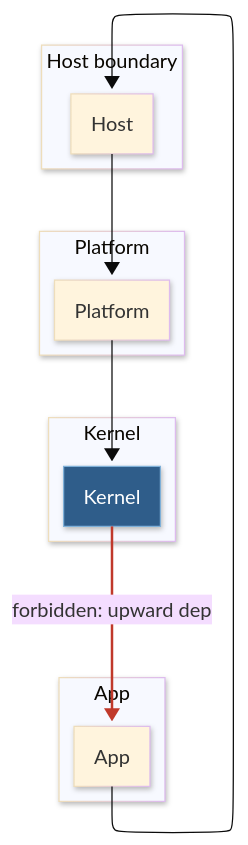
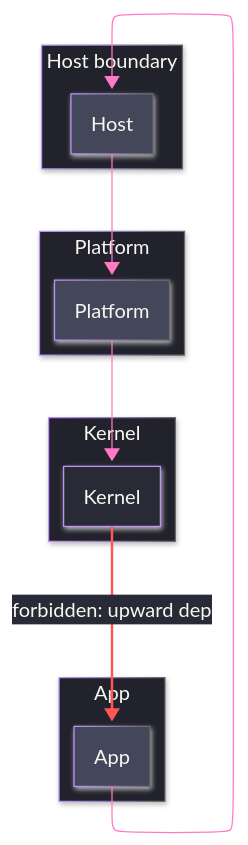
Before and after one commit to bsamiee/Rasm: the diagram in .claude/skills/mermaid-diagramming/templates/strata.mmd.md, drawn with Mermaid. The commit also changed other lines of this file and 17 other files, not shown here.

````diff
--- a/.claude/skills/mermaid-diagramming/templates/strata.mmd.md
+++ b/.claude/skills/mermaid-diagramming/templates/strata.mmd.md
@@ -5,30 +5,42 @@
 ```mermaid
 ---
 config:
   layout: elk
   look: neo
   theme: base
+  themeVariables:
+    darkMode: true
+    background: "#282A36"
+    primaryColor: "#44475A"
+    primaryTextColor: "#F8F8F2"
+    primaryBorderColor: "#BD93F9"
+    lineColor: "#FF79C6"
+    textColor: "#F8F8F2"
+    clusterBkg: "#21222C"
+    clusterBorder: "#6272A4"
+    edgeLabelBackground: "#282A36"
+    titleColor: "#F8F8F2"
 ---
 flowchart TB
     accTitle: Stratum dependency law
     accDescr: Four stacked strata with downward-only dependency edges and one forbidden upward edge styled red and marked prohibited.
     subgraph L4[App]
         App[App]
     end
     subgraph L3[Host boundary]
         Host[Host]
     end
     subgraph L2[Platform]
         Platform[Platform]
     end
     subgraph L1[Kernel]
         Kernel[Kernel]
     end
     App --> Host
     Host --> Platform
     Platform --> Kernel
     Kernel -->|forbidden: upward dep| App
-    linkStyle 3 stroke:#c0392b,stroke-width:2px,color:#e06455
-    classDef base fill:#2f5d8a,stroke:#7fb0d8,color:#ffffff
-    class Kernel base
+    linkStyle 3 stroke:#FF5555,stroke-width:2px,color:#FF5555
+    classDef boundary fill:#282A36,stroke:#BD93F9,color:#F8F8F2
+    class Kernel boundary
 ```
````
